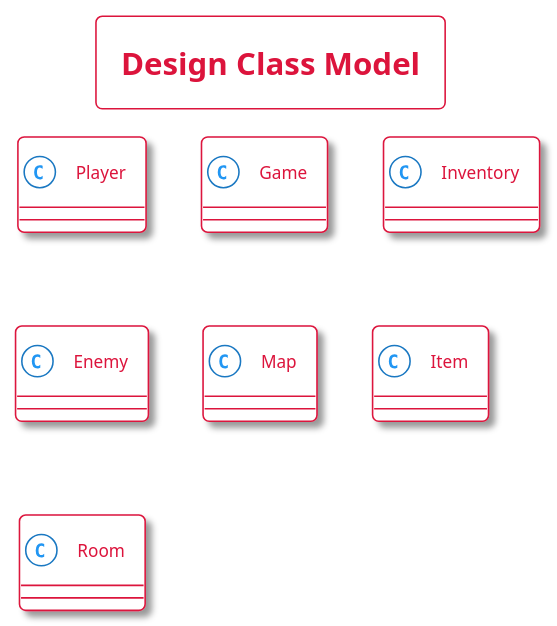
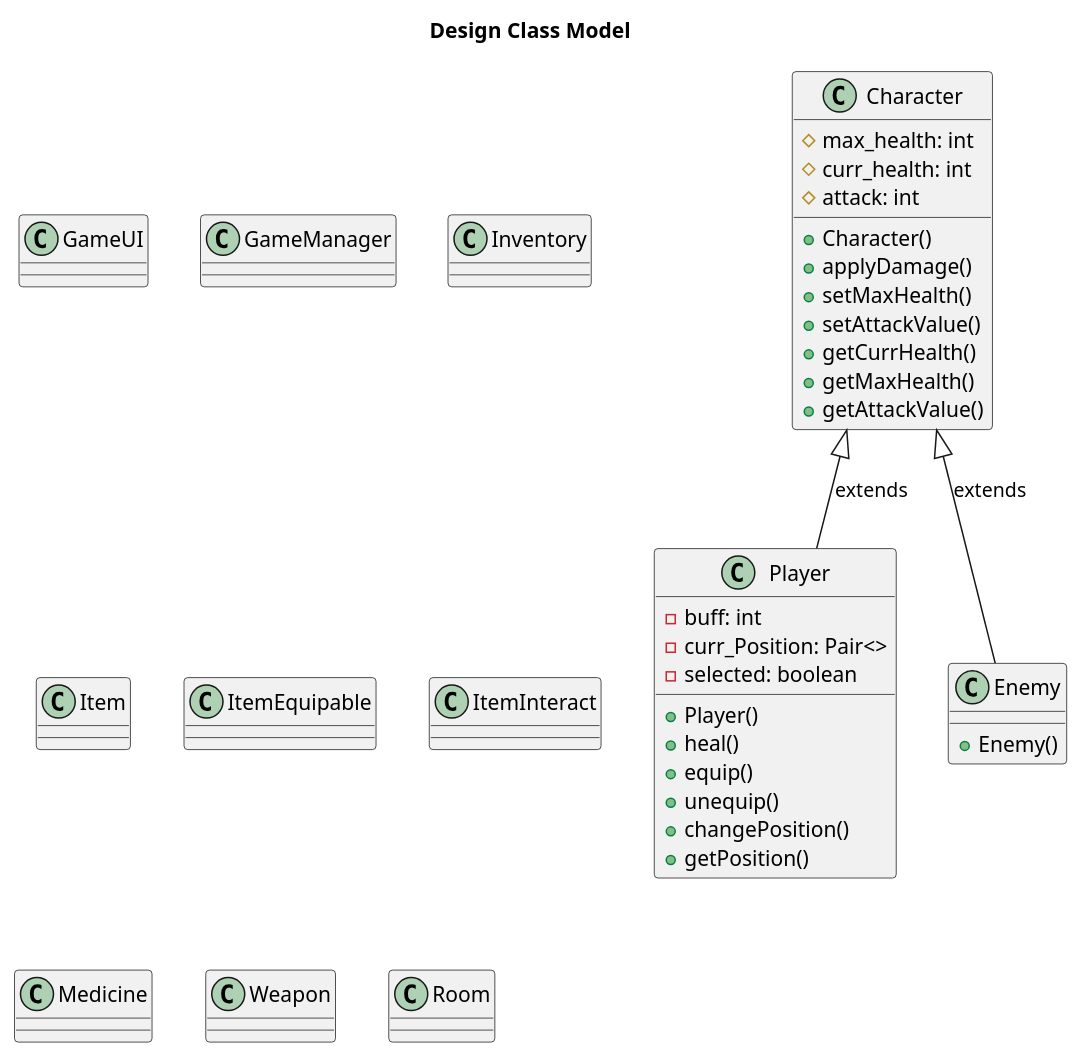
One commit to LimeiGuan/Text_Adventure_Game changed the diagram in docs/uml/DesignClassModel.plantuml. Above: the diagram before and after it, drawn with PlantUML.

```diff
--- a/docs/uml/DesignClassModel.plantuml
+++ b/docs/uml/DesignClassModel.plantuml
@@ -1,31 +1,57 @@
 @startuml DesignClassModel
-
-!theme materia-outline
-
-skinparam ArrowColor #DC143C
-skinparam BackgroundColor #FFFFFF
-
-skinparam ClassFontColor #DC143C
-skinparam ClassBackgroundColor #FFFFFF
-skinparam ClassBorderColor #DC143C
-
-skinparam titleBorderColor #DC143C
-skinparam titleFontColor #DC143C
 
 title Design Class Model
 
-class Player {}
+class Character{
+  #max_health: int
+  #curr_health: int
+  #attack: int
+  
+  +Character()
+  +applyDamage()
+  +setMaxHealth()
+  +setAttackValue()
+  +getCurrHealth()
+  +getMaxHealth()
+  +getAttackValue()
+}
 
-class Game{}
+class Player{
+  -buff: int
+  -curr_Position: Pair<>
+  -selected: boolean
+  
+  +Player()
+  +heal()
+  +equip()
+  +unequip()
+  +changePosition()
+  +getPosition()
+}
+
+class Enemy{
+  +Enemy()
+}
+
+class GameUI{}
+
+class GameManager{}
 
 class Inventory{}
 
-class Enemy{}
+class Item{}
 
-class Map{}
+class ItemEquipable{}
 
-class Item{}
+class ItemInteract{}
+
+class Medicine{}
+
+class Weapon{}
 
 class Room{}
 
+    Character <|-- Player : extends
+    Character <|-- Enemy : extends
+
 @enduml
```
